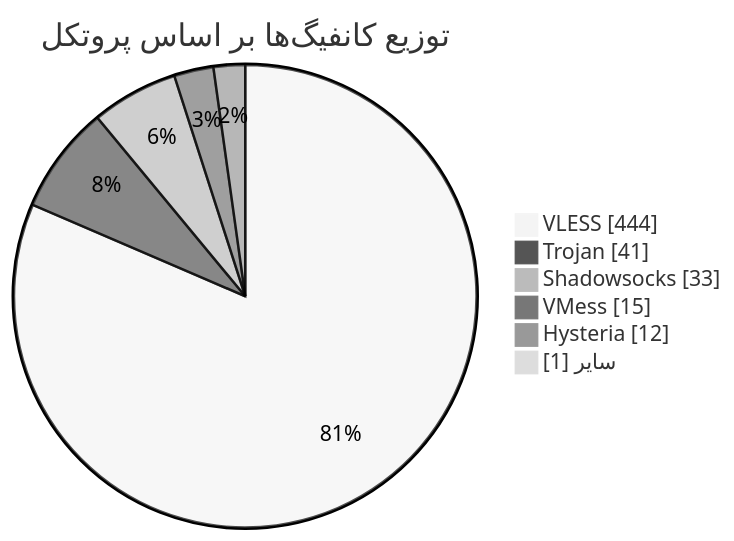
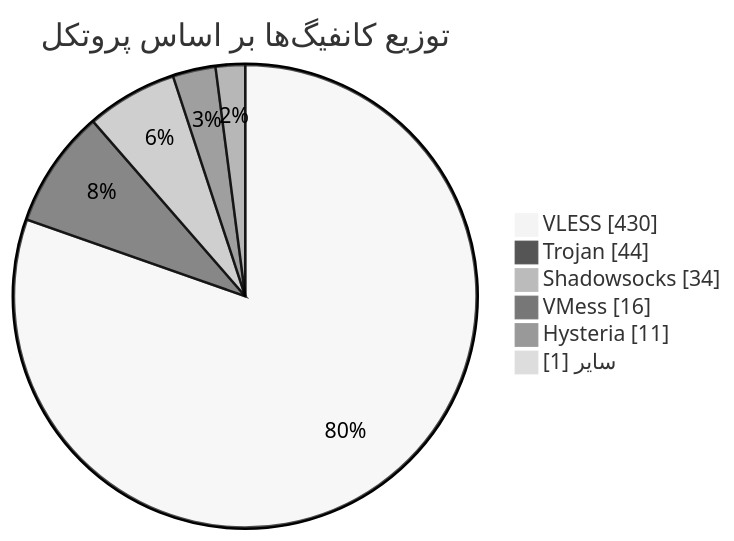
One commit to Arian-Alijani/Somthing changed the diagram in README.md. Above: the diagram before and after it, drawn with Mermaid (neutral theme). The commit also changed other lines of this file and 75 other files, not shown here.

````diff
--- a/README.md
+++ b/README.md
@@ -48,10 +48,10 @@
 ```mermaid
 pie showData
     title توزیع کانفیگ‌ها بر اساس پروتکل
-    "VLESS" : 444
-    "Trojan" : 41
-    "Shadowsocks" : 33
-    "VMess" : 15
-    "Hysteria" : 12
+    "VLESS" : 430
+    "Trojan" : 44
+    "Shadowsocks" : 34
+    "VMess" : 16
+    "Hysteria" : 11
     "سایر" : 1
 ```
````
